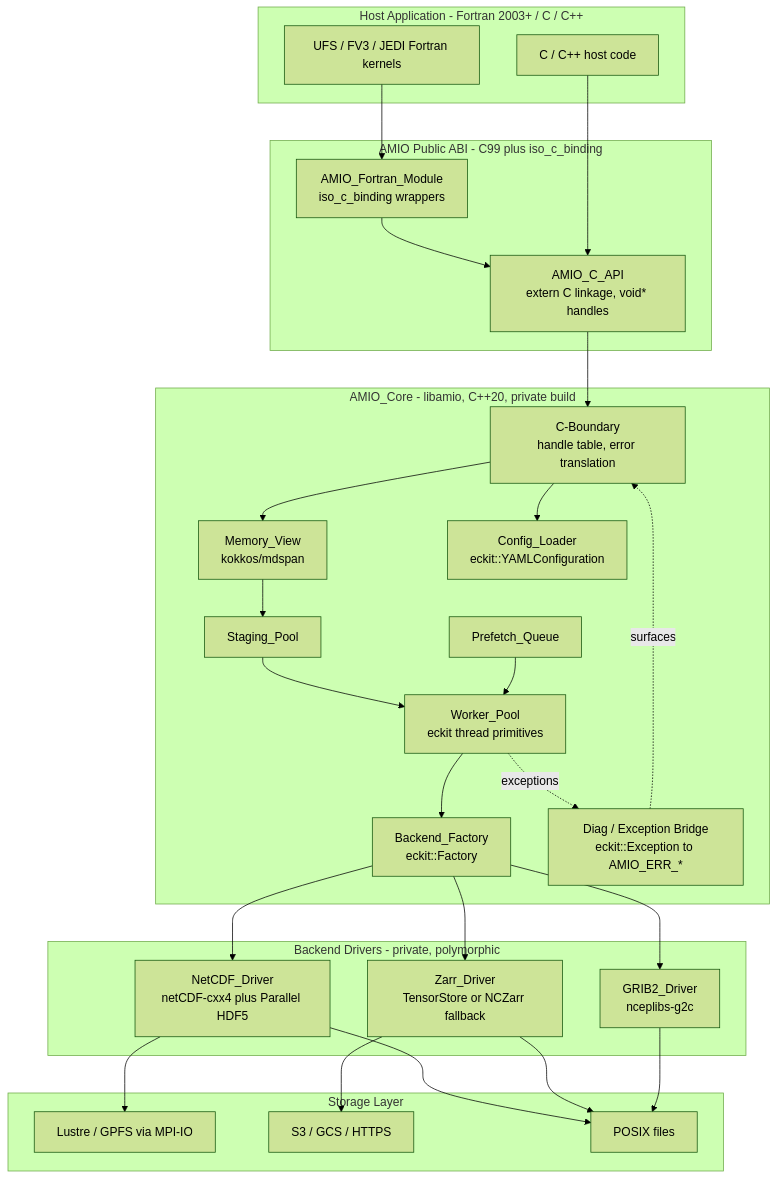
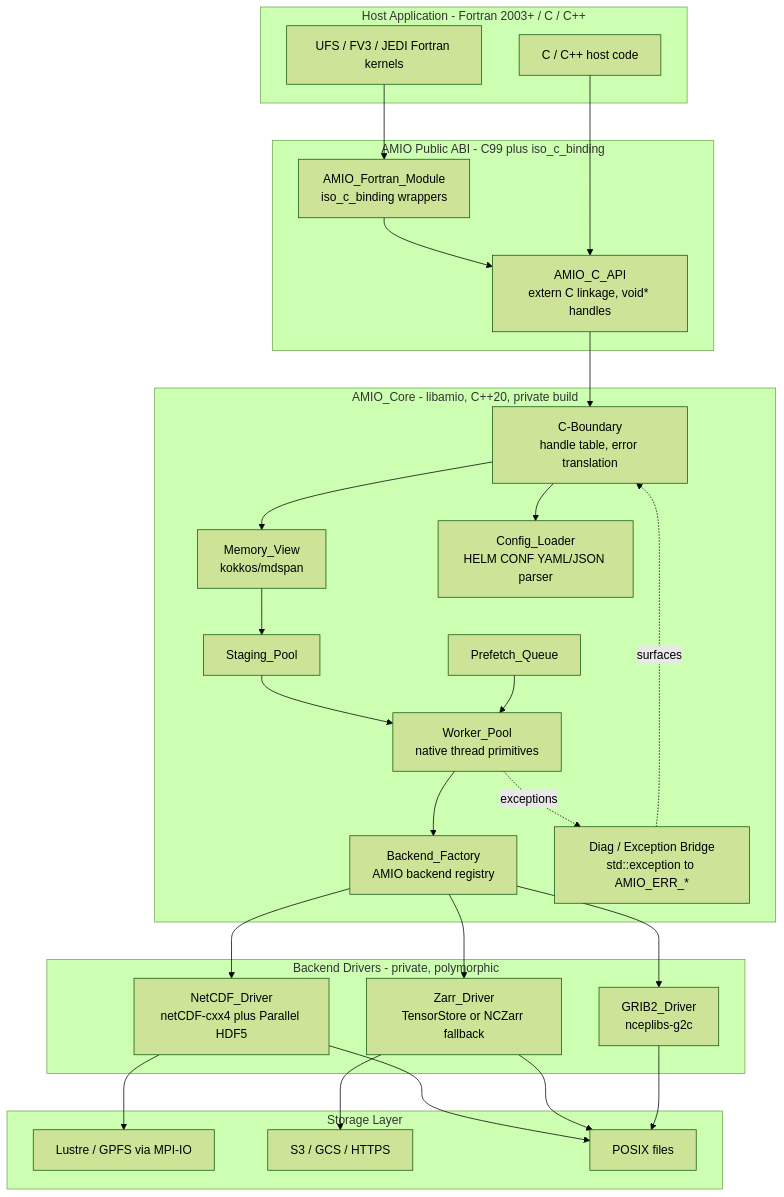
The first of 5 diagrams in docs/site/architecture.md (bbakernoaa/AMIO), drawn with Mermaid (forest theme) before and after one commit. The commit also changed other lines of this file and 27 other files, not shown here.

````diff
--- a/docs/site/architecture.md
+++ b/docs/site/architecture.md
@@ -20,56 +20,56 @@
 ```mermaid
 flowchart TB
     subgraph HOST["Host Application - Fortran 2003+ / C / C++"]
         FORTRAN["UFS / FV3 / JEDI Fortran kernels"]
         C_HOST["C / C++ host code"]
     end
 
     subgraph FFI["AMIO Public ABI - C99 plus iso_c_binding"]
         FORT_MOD["AMIO_Fortran_Module<br/>iso_c_binding wrappers"]
         C_API["AMIO_C_API<br/>extern C linkage, void* handles"]
     end
 
     subgraph CORE["AMIO_Core - libamio, C++20, private build"]
         BOUNDARY["C-Boundary<br/>handle table, error translation"]
         VIEW["Memory_View<br/>kokkos/mdspan"]
         STAGE["Staging_Pool"]
         PFQ["Prefetch_Queue"]
-        WORKER["Worker_Pool<br/>eckit thread primitives"]
-        FACTORY["Backend_Factory<br/>eckit::Factory"]
-        CFG["Config_Loader<br/>eckit::YAMLConfiguration"]
-        DIAG["Diag / Exception Bridge<br/>eckit::Exception to AMIO_ERR_*"]
+        WORKER["Worker_Pool<br/>native thread primitives"]
+        FACTORY["Backend_Factory<br/>AMIO backend registry"]
+        CFG["Config_Loader<br/>HELM CONF YAML/JSON parser"]
+        DIAG["Diag / Exception Bridge<br/>std::exception to AMIO_ERR_*"]
     end
 
     subgraph DRIVERS["Backend Drivers - private, polymorphic"]
         NC4["NetCDF_Driver<br/>netCDF-cxx4 plus Parallel HDF5"]
         ZARR["Zarr_Driver<br/>TensorStore or NCZarr fallback"]
         G2["GRIB2_Driver<br/>nceplibs-g2c"]
     end
 
     subgraph STORAGE["Storage Layer"]
         LUSTRE["Lustre / GPFS via MPI-IO"]
         OBJ["S3 / GCS / HTTPS"]
         FILE["POSIX files"]
     end
 
     FORTRAN --> FORT_MOD
     FORT_MOD --> C_API
     C_HOST --> C_API
     C_API --> BOUNDARY
     BOUNDARY --> VIEW
     BOUNDARY --> CFG
     VIEW --> STAGE
     STAGE --> WORKER
     PFQ --> WORKER
     WORKER --> FACTORY
     FACTORY --> NC4
     FACTORY --> ZARR
     FACTORY --> G2
     NC4 --> LUSTRE
     NC4 --> FILE
     ZARR --> OBJ
     ZARR --> FILE
     G2 --> FILE
     DIAG -.surfaces.-> BOUNDARY
     WORKER -.exceptions.-> DIAG
 ```
````
